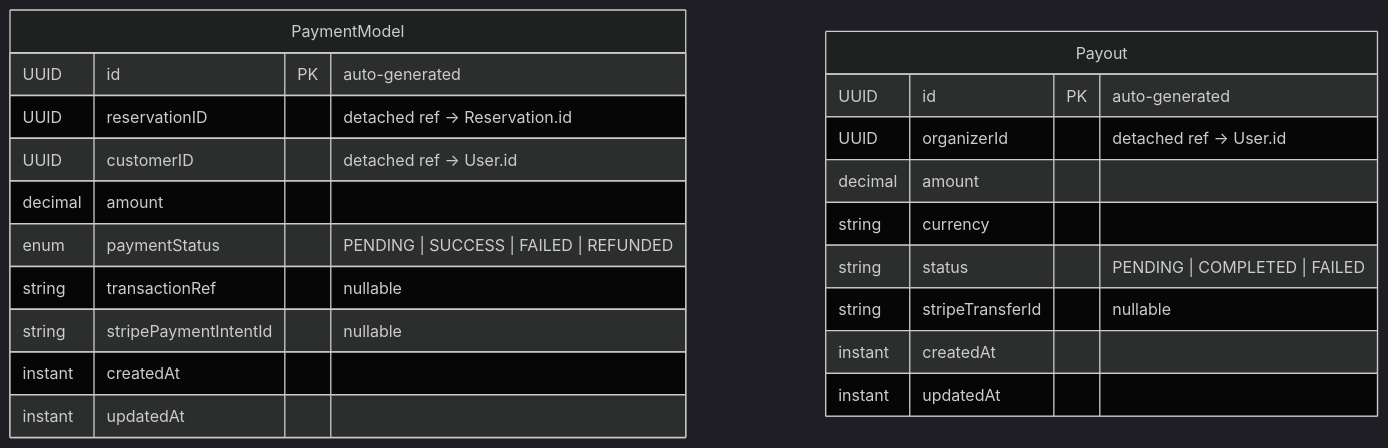
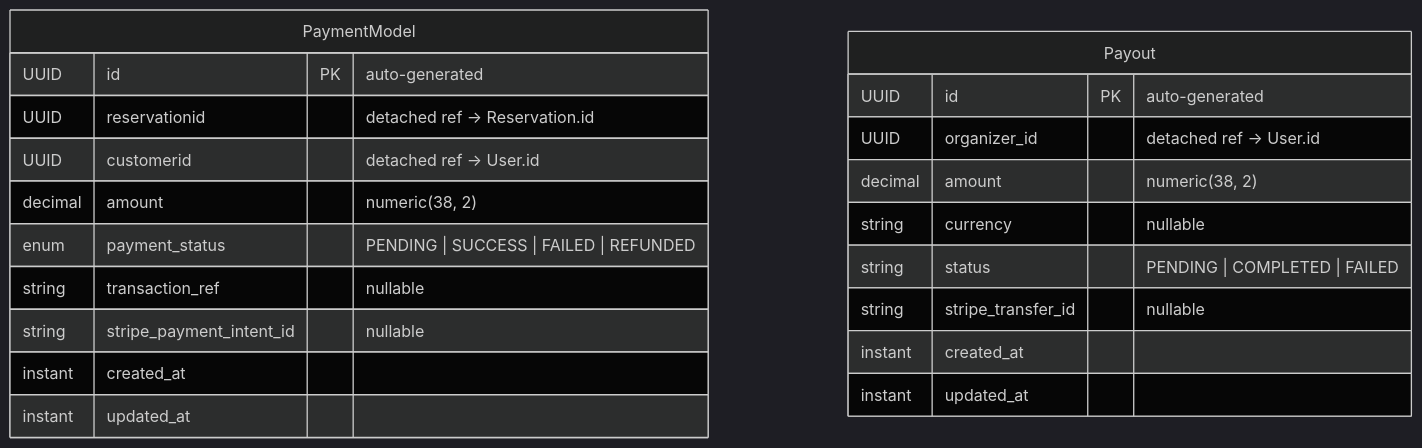
Before and after one commit to Ticket-Souq/TicketSouq: the diagram in docs/services/payment-service/erd.md, drawn with Mermaid (dark theme). The commit also changed other lines of this file and 23 other files, not shown here.

````diff
--- a/docs/services/payment-service/erd.md
+++ b/docs/services/payment-service/erd.md
@@ -11,28 +11,30 @@
 ```mermaid
 erDiagram
   %% No JPA relationships exist between PaymentModel and Payout.
-  %% They are logically linked via reservationID -> saga context.
+  %% They are logically linked via reservationid -> saga context.
+  %% Column names are PHYSICAL (Flyway V1__init.sql); Java field names differ
+  %% (e.g. reservationID, customerID, stripePaymentIntentId).
 
   PaymentModel {
     UUID id PK "auto-generated"
-    UUID reservationID "detached ref -> Reservation.id"
-    UUID customerID "detached ref -> User.id"
-    decimal amount
-    enum paymentStatus "PENDING | SUCCESS | FAILED | REFUNDED"
-    string transactionRef "nullable"
-    string stripePaymentIntentId "nullable"
-    instant createdAt
-    instant updatedAt
+    UUID reservationid "detached ref -> Reservation.id"
+    UUID customerid "detached ref -> User.id"
+    decimal amount "numeric(38, 2)"
+    enum payment_status "PENDING | SUCCESS | FAILED | REFUNDED"
+    string transaction_ref "nullable"
+    string stripe_payment_intent_id "nullable"
+    instant created_at
+    instant updated_at
   }
 
   Payout {
     UUID id PK "auto-generated"
-    UUID organizerId "detached ref -> User.id"
-    decimal amount
-    string currency
+    UUID organizer_id "detached ref -> User.id"
+    decimal amount "numeric(38, 2)"
+    string currency "nullable"
     string status "PENDING | COMPLETED | FAILED"
-    string stripeTransferId "nullable"
-    instant createdAt
-    instant updatedAt
+    string stripe_transfer_id "nullable"
+    instant created_at
+    instant updated_at
   }
 ```
````
